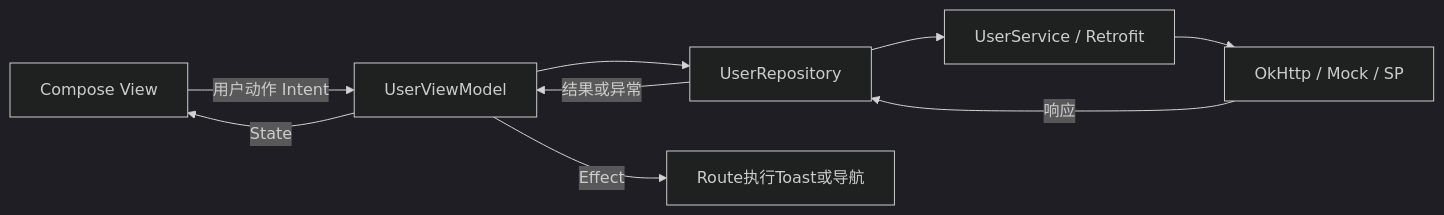
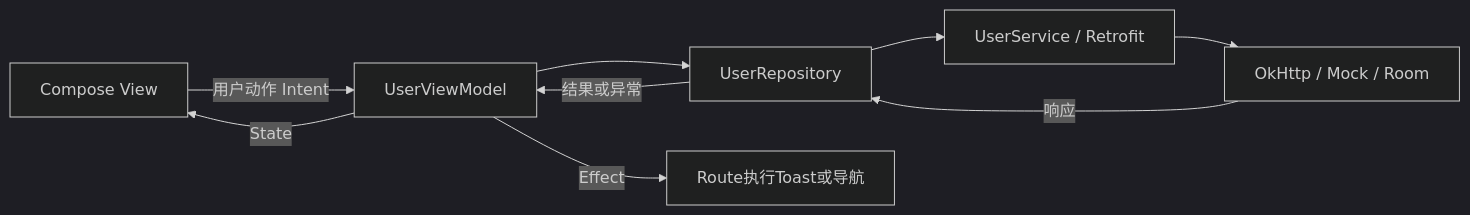
Before and after one commit to rickdynasty/EntryTask: the first of 3 diagrams in docs/development/登录注册功能新手指南.md, drawn with Mermaid (dark theme). The commit also changed other lines of this file and 8 other files, not shown here.

````diff
--- a/docs/development/登录注册功能新手指南.md
+++ b/docs/development/登录注册功能新手指南.md
@@ -360,11 +363,11 @@
 ```mermaid
 flowchart LR
     V[Compose View] -->|用户动作 Intent| VM[UserViewModel]
     VM --> R[UserRepository]
     R --> S[UserService / Retrofit]
-    S --> IO[OkHttp / Mock / SP]
+    S --> IO[OkHttp / Mock / Room]
     IO -->|响应| R
     R -->|结果或异常| VM
     VM -->|State| V
     VM -->|Effect| ROUTE[Route执行Toast或导航]
 ```
````
